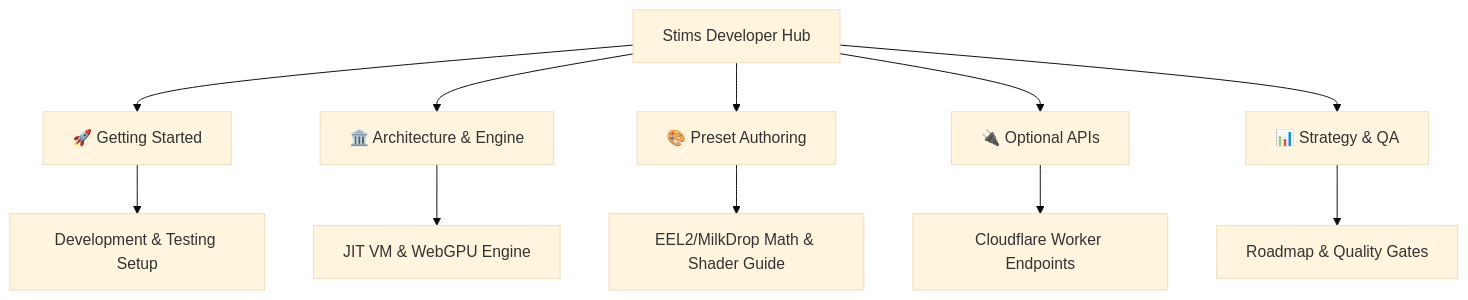
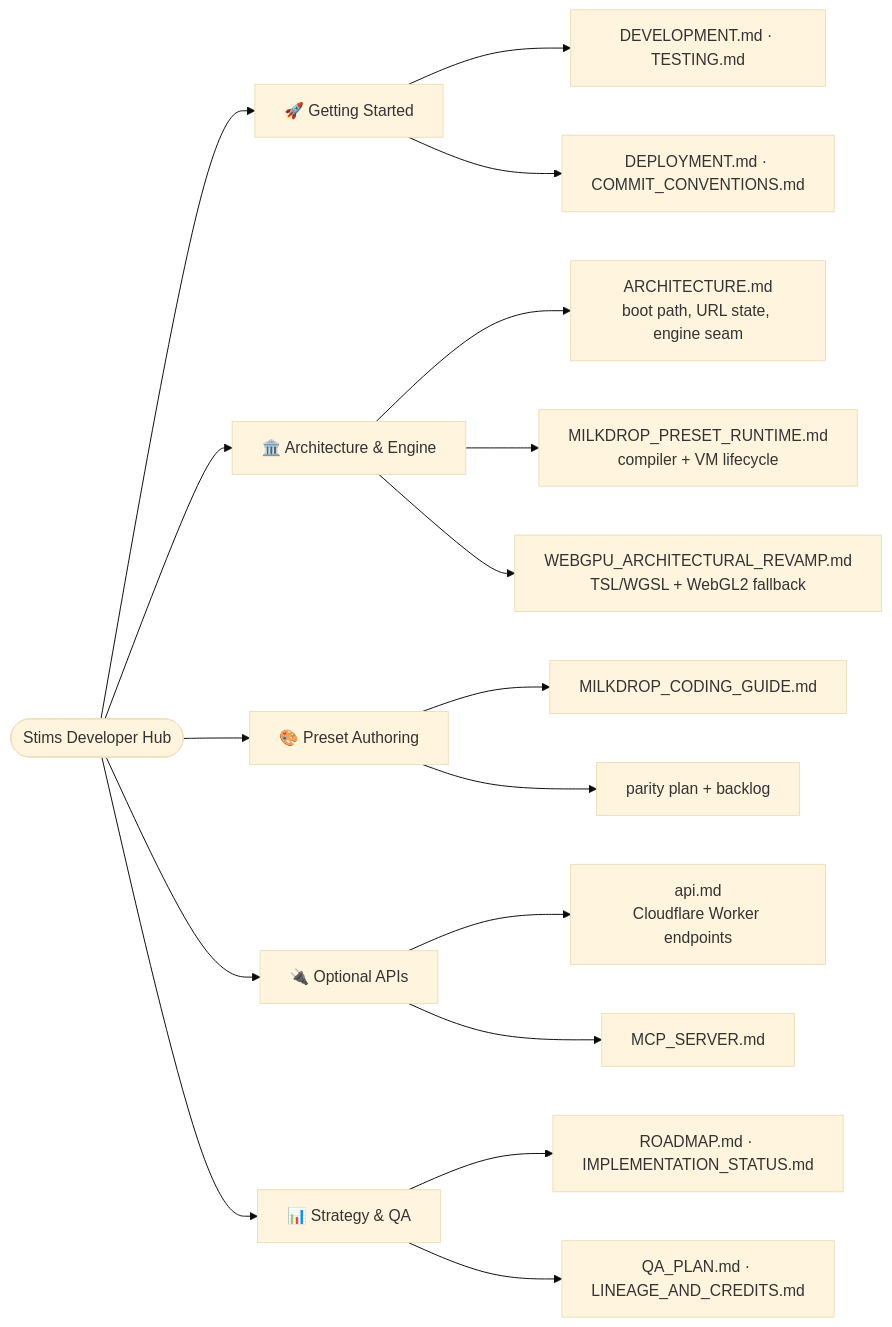
Before and after one commit to zz-plant/stims: the diagram in docs/README.md, drawn with Mermaid (base theme). The commit also changed other lines of this file and 34 other files, not shown here.

````diff
--- a/docs/README.md
+++ b/docs/README.md
@@ -11,15 +11,26 @@
 ```mermaid
-flowchart TD
-  Start["Stims Developer Hub"]
+flowchart LR
+  Start(["Stims Developer Hub"])
+
   Start --> GS["🚀 Getting Started"]
   Start --> Arch["🏛️ Architecture & Engine"]
   Start --> Preset["🎨 Preset Authoring"]
   Start --> API["🔌 Optional APIs"]
   Start --> Strat["📊 Strategy & QA"]
 
-  GS --> Dev["Development & Testing Setup"]
-  Arch --> JIT["JIT VM & WebGPU Engine"]
-  Preset --> EEL["EEL2/MilkDrop Math & Shader Guide"]
-  API --> Edge["Cloudflare Worker Endpoints"]
-  Strat --> Road["Roadmap & Quality Gates"]
+  GS --> GS1["DEVELOPMENT.md · TESTING.md"]
+  GS --> GS2["DEPLOYMENT.md · COMMIT_CONVENTIONS.md"]
+
+  Arch --> A1["ARCHITECTURE.md<br/>boot path, URL state, engine seam"]
+  Arch --> A2["MILKDROP_PRESET_RUNTIME.md<br/>compiler + VM lifecycle"]
+  Arch --> A3["WEBGPU_ARCHITECTURAL_REVAMP.md<br/>TSL/WGSL + WebGL2 fallback"]
+
+  Preset --> P1["MILKDROP_CODING_GUIDE.md"]
+  Preset --> P2["parity plan + backlog"]
+
+  API --> E1["api.md<br/>Cloudflare Worker endpoints"]
+  API --> E2["MCP_SERVER.md"]
+
+  Strat --> S1["ROADMAP.md · IMPLEMENTATION_STATUS.md"]
+  Strat --> S2["QA_PLAN.md · LINEAGE_AND_CREDITS.md"]
 ```
````
